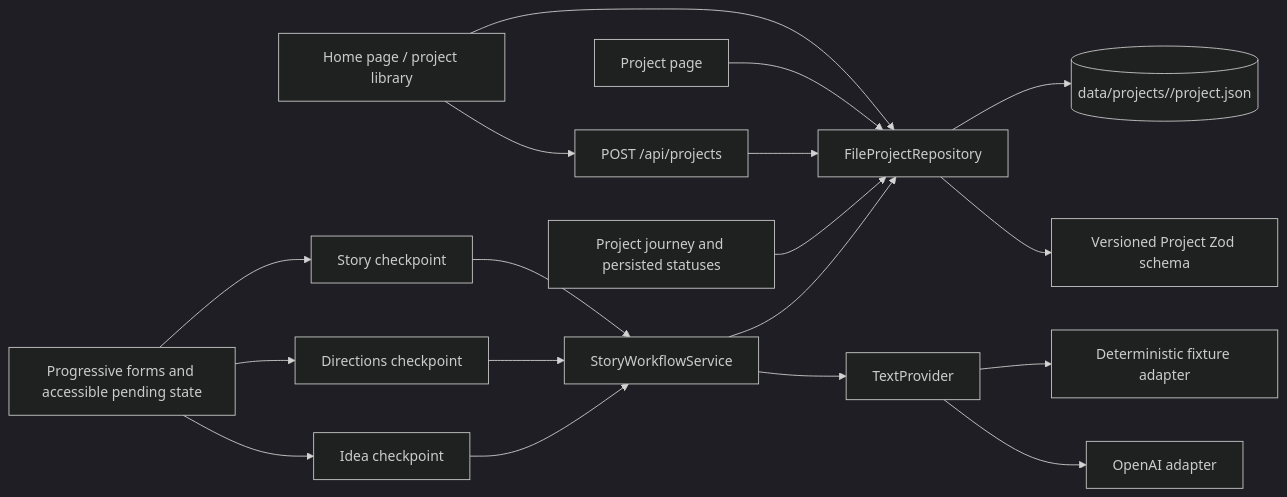
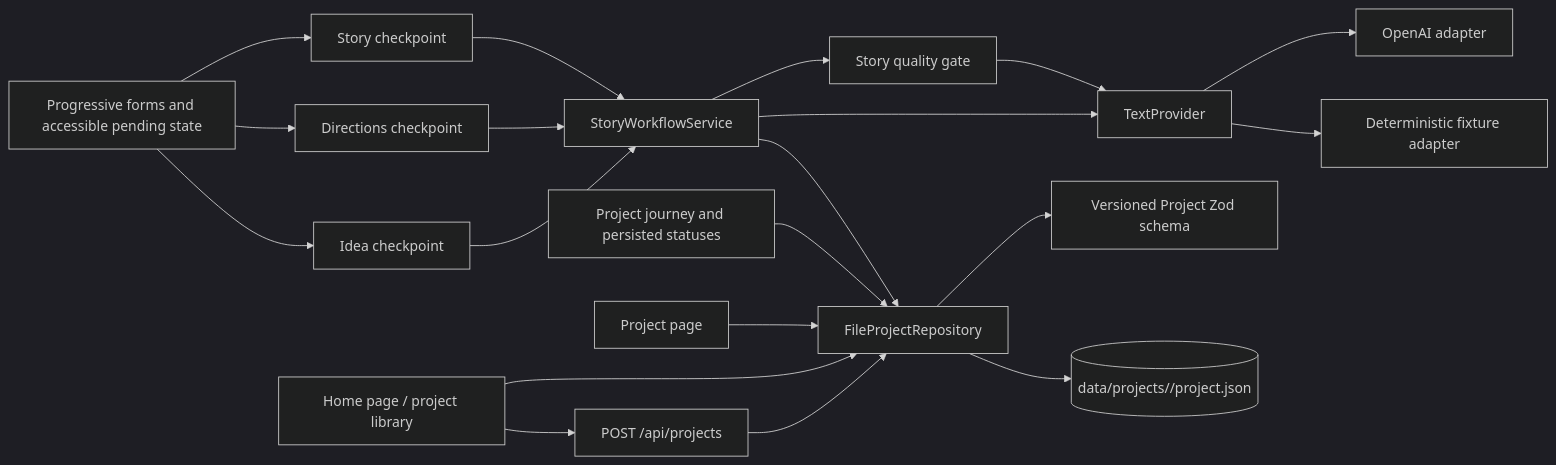
The fourth of 4 diagrams in ARCHITECTURE.md (bhadrip/kids-book-gen), drawn with Mermaid (dark theme) before and after one commit. The commit also changed other lines of this file and 24 other files, not shown here.

Commit message:
feat: add bounded story quality evaluation

````diff
--- a/ARCHITECTURE.md
+++ b/ARCHITECTURE.md
@@ -83,20 +83,22 @@
 ```mermaid
 flowchart LR
   Home[Home page / project library] --> Create[POST /api/projects]
   Create --> Repo[FileProjectRepository]
   Home --> Repo
   Project[Project page] --> Repo
   Idea[Idea checkpoint] --> Workflow[StoryWorkflowService]
   Directions[Directions checkpoint] --> Workflow
   Story[Story checkpoint] --> Workflow
   Shell[Project journey and persisted statuses] --> Repo
   Forms[Progressive forms and accessible pending state] --> Idea
   Forms --> Directions
   Forms --> Story
   Workflow --> Provider[TextProvider]
+  Workflow --> Evaluation[Story quality gate]
+  Evaluation --> Provider
   Provider --> OpenAI[OpenAI adapter]
   Provider --> Fixture[Deterministic fixture adapter]
   Workflow --> Repo
   Repo --> Schema[Versioned Project Zod schema]
   Repo --> File[(data/projects/<project-id>/project.json)]
 ```
````
